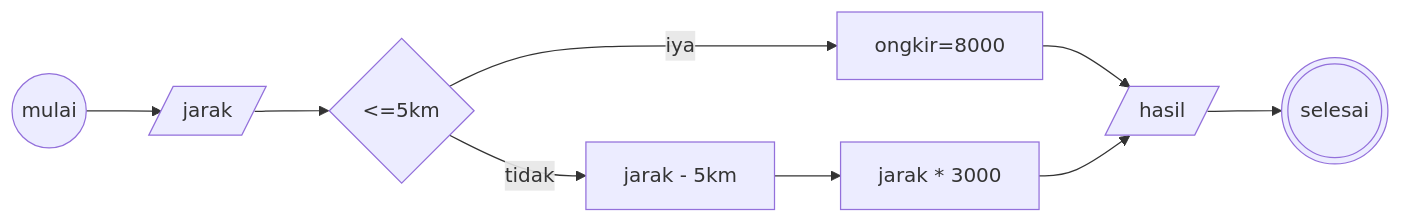
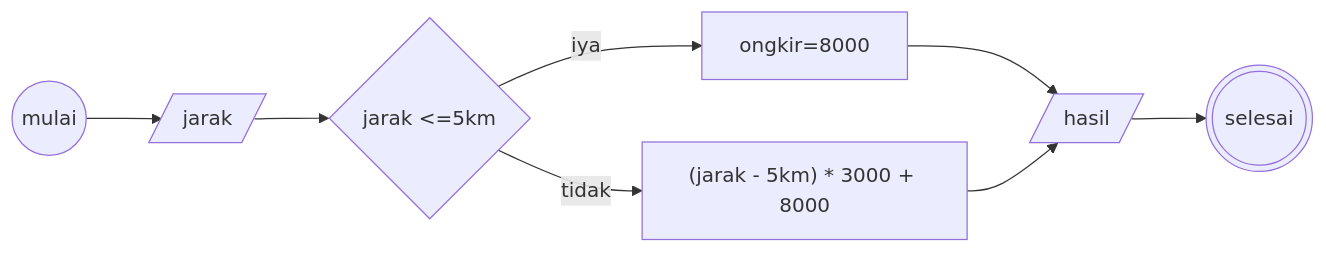
Before and after one commit to abdullah-fikri/koda-b4-algoritma: the diagram in minitask8.md, drawn with Mermaid.

````diff
--- a/minitask8.md
+++ b/minitask8.md
@@ -3,12 +3,11 @@
 ```mermaid
 flowchart LR
 a@{ shape: circle, label: "mulai"} -->
 b@{ shape: lean-r, label: "jarak"} -->
-c@{ shape: diamond, label: " <=5km "} --iya-->
+c@{ shape: diamond, label: "jarak  <=5km "} --iya-->
 d@{ shape: rect , label: " ongkir=8000"}--> f
-c --tidak--> e@{ shape: rect , label: "jarak - 5km"}-->
-h@{ shape: rect , label: "jarak * 3000"}-->
+c --tidak--> e@{ shape: rect , label: "(jarak - 5km) * 3000 + 8000"}-->
 
 f@{ shape: lean-r , label: "hasil"} -->
 g@{ shape: dbl-circ , label: "selesai"}
 ```
````
